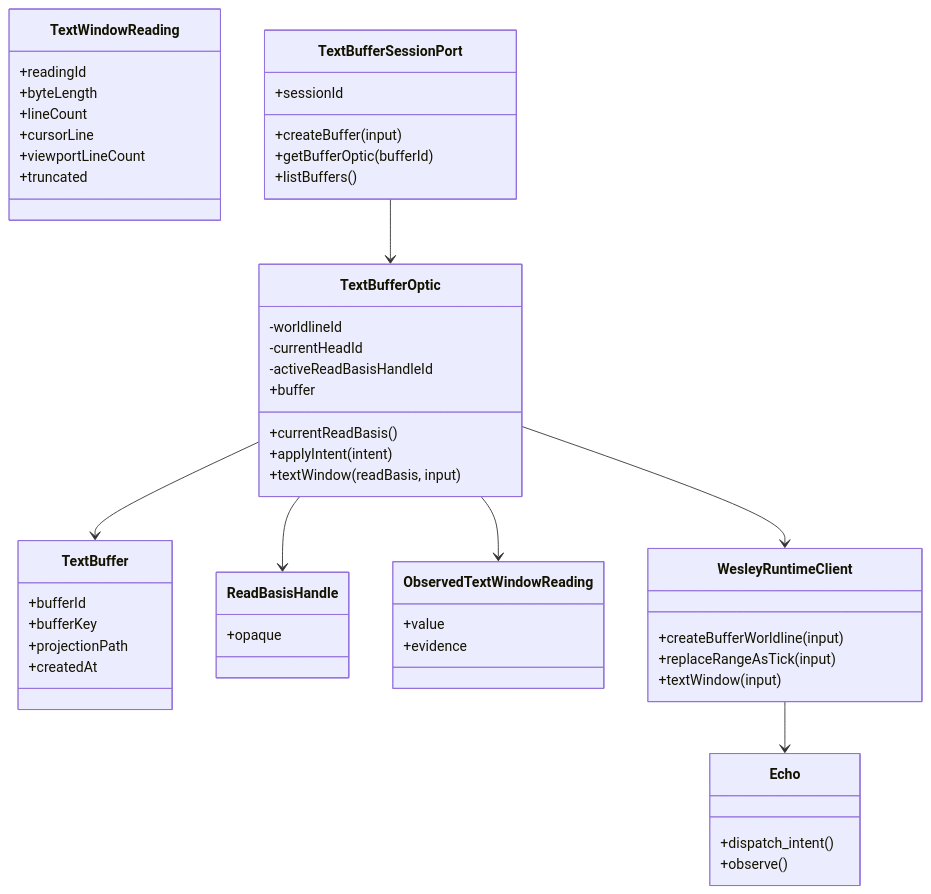
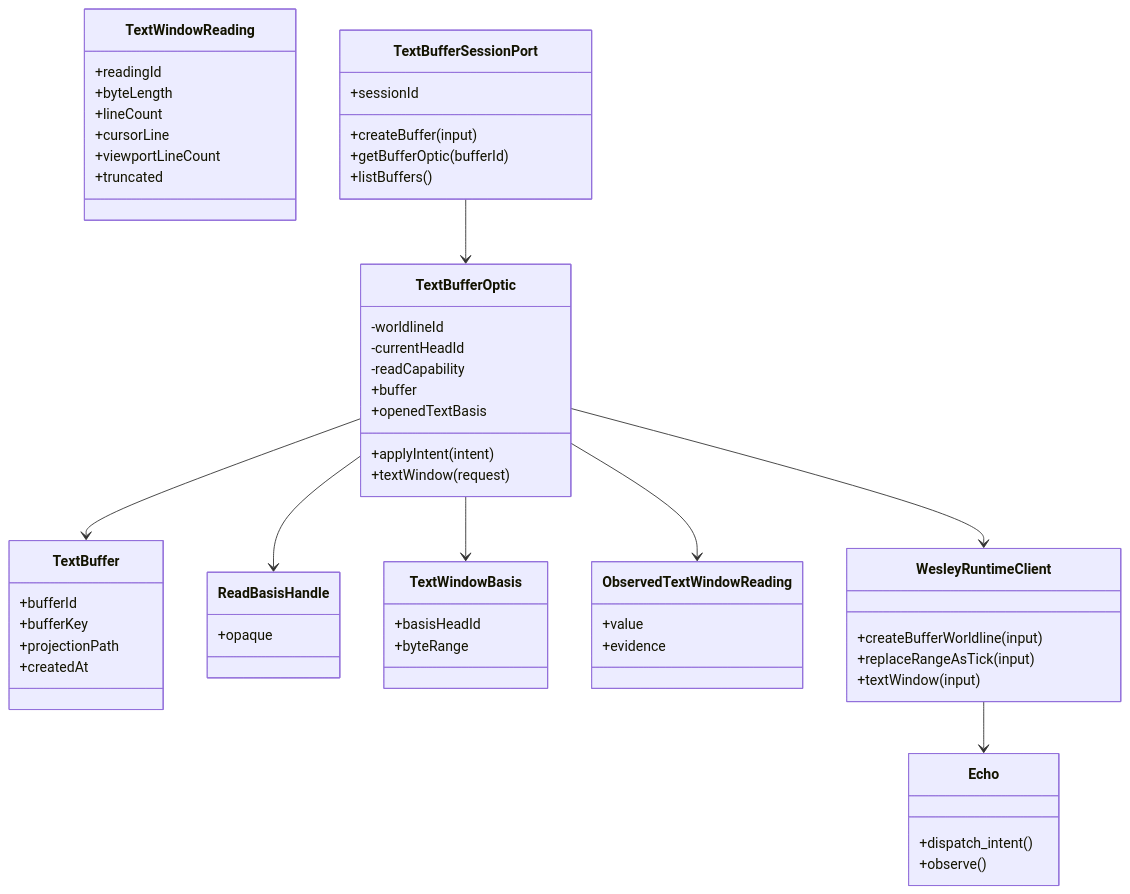
Before and after one commit to flyingrobots/jedit: the second of 4 diagrams in docs/data-model.md, drawn with Mermaid. The commit also changed other lines of this file and 52 other files, not shown here.

Commit message:
Require basis-pinned text window reads

````diff
--- a/docs/data-model.md
+++ b/docs/data-model.md
@@ -369,62 +409,68 @@
 ```mermaid
 classDiagram
   class TextBuffer {
     +bufferId
     +bufferKey
     +projectionPath
     +createdAt
   }
 
   class ReadBasisHandle {
     +opaque
+  }
+
+  class TextWindowBasis {
+    +basisHeadId
+    +byteRange
   }
 
   class TextWindowReading {
     +readingId
     +byteLength
     +lineCount
     +cursorLine
     +viewportLineCount
     +truncated
   }
 
   class ObservedTextWindowReading {
     +value
     +evidence
   }
 
   class TextBufferOptic {
     -worldlineId
     -currentHeadId
-    -activeReadBasisHandleId
+    -readCapability
     +buffer
-    +currentReadBasis()
+    +openedTextBasis
     +applyIntent(intent)
-    +textWindow(readBasis, input)
+    +textWindow(request)
   }
 
   class TextBufferSessionPort {
     +sessionId
     +createBuffer(input)
     +getBufferOptic(bufferId)
     +listBuffers()
   }
 
   class WesleyRuntimeClient {
     +createBufferWorldline(input)
     +replaceRangeAsTick(input)
     +textWindow(input)
   }
 
   class Echo {
     +dispatch_intent()
     +observe()
   }
 
   TextBufferSessionPort --> TextBufferOptic
   TextBufferOptic --> TextBuffer
   TextBufferOptic --> ReadBasisHandle
+  TextBufferOptic --> TextWindowBasis
   TextBufferOptic --> ObservedTextWindowReading
   TextBufferOptic --> WesleyRuntimeClient
   WesleyRuntimeClient --> Echo
 ```
````
